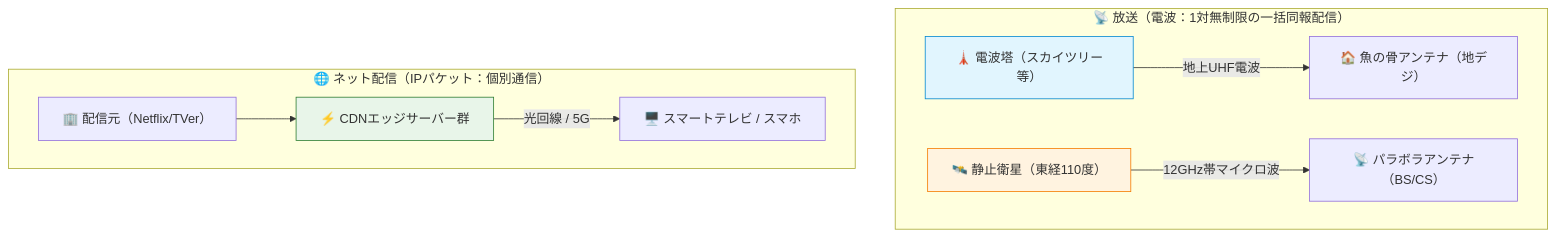
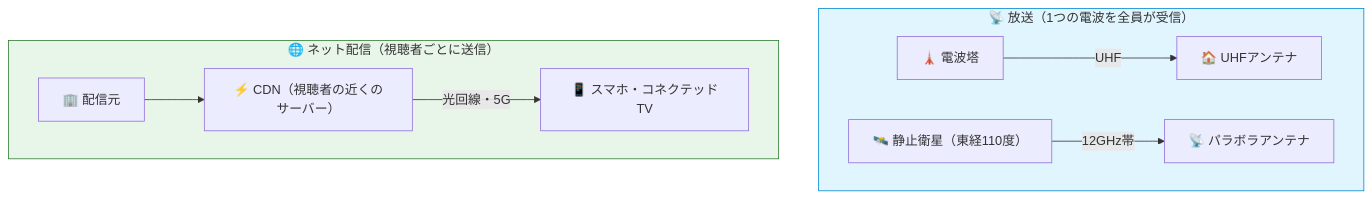
The third of 4 diagrams in broadcast.qmd (kashiwabarakenji/multimedia), drawn with Mermaid before and after one commit. The commit also changed other lines of this file, not shown here.

````diff
--- a/broadcast.qmd
+++ b/broadcast.qmd
@@ -264,16 +376,13 @@
 ```{mermaid}
 flowchart TD
-    subgraph Broadcast["📡 放送（電波：1対無制限の一括同報配信）"]
-        Tower["🗼 電波塔（スカイツリー等）"] -->|地上UHF電波| Ant["🏠 魚の骨アンテナ（地デジ）"]
-        Sat["🛰️ 静止衛星（東経110度）"] -->|12GHz帯マイクロ波| Para["📡 パラボラアンテナ（BS/CS）"]
+    subgraph B["📡 放送（1つの電波を全員が受信）"]
+        T["🗼 電波塔"] -->|"UHF"| A1["🏠 UHFアンテナ"]
+        S["🛰️ 静止衛星（東経110度）"] -->|"12GHz帯"| A2["📡 パラボラアンテナ"]
     end
-
-    subgraph Internet["🌐 ネット配信（IPパケット：個別通信）"]
-        Origin["🏢 配信元（Netflix/TVer）"] --> CDN["⚡ CDNエッジサーバー群"]
-        CDN -->|光回線 / 5G| NetTV["🖥️ スマートテレビ / スマホ"]
+    subgraph N["🌐 ネット配信（視聴者ごとに送信）"]
+        O["🏢 配信元"] --> C["⚡ CDN（視聴者の近くのサーバー）"]
+        C -->|"光回線・5G"| D["📱 スマホ・コネクテッドTV"]
     end
-
-    style Tower fill:#e1f5fe,stroke:#0288d1
-    style Sat fill:#fff3e0,stroke:#f57c00
-    style CDN fill:#e8f5e9,stroke:#2e7d32
+    style B fill:#e1f5fe,stroke:#0288d1
+    style N fill:#e8f5e9,stroke:#2e7d32
 ```
````
